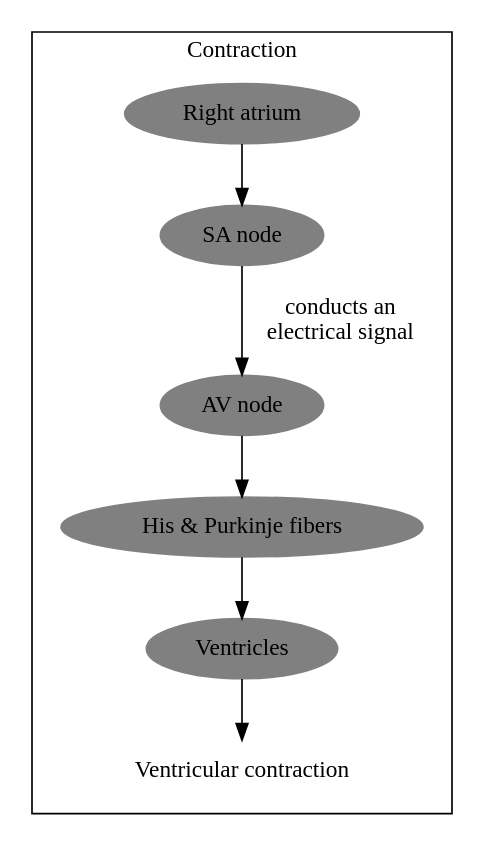
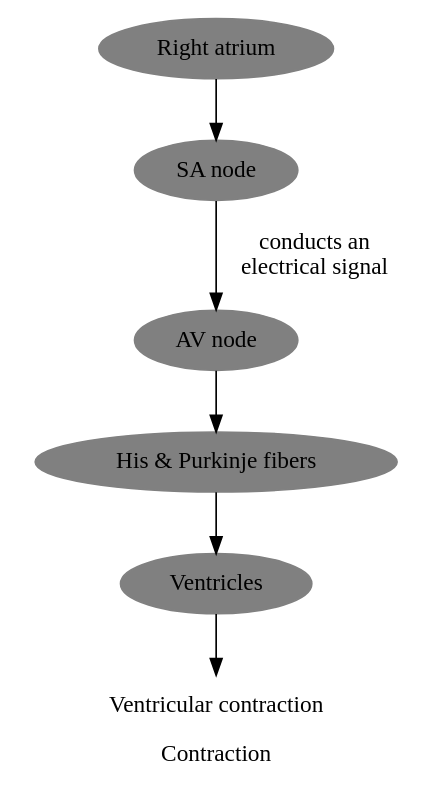
One commit to meirisoda/school_spring2024 changed the first of 2 diagrams in NURS380_Practicum/Topics/Pharmacology/Cardiology Basics.md. Above: the diagram before and after it, drawn with Graphviz.

Commit message:
vault backup: 2024-02-19 16:36:15

````diff
--- a/NURS380_Practicum/Topics/Pharmacology/Cardiology Basics.md
+++ b/NURS380_Practicum/Topics/Pharmacology/Cardiology Basics.md
@@ -2,18 +2,16 @@
 ``` dot
 digraph G {
-	subgraph cluster_0 {
-		graph [linelength=5];
-		node [style=filled,color=grey];
-		label="Contraction"
-		A [label="Right atrium"];
-		B [label="SA node"];
-		C [label="AV node"];
-		D [label="His & Purkinje fibers"];
-		E [label="Ventricles"];
-		F [label="Ventricular contraction", color="white"];
-		A -> B
-		B -> C [label="conducts an\n electrical signal"];
-		C -> D -> E -> F;
-	}
+	graph [linelength=5];
+	node [style=filled,color=grey];
+	label="Contraction"
+	A [label="Right atrium"];
+	B [label="SA node"];
+	C [label="AV node"];
+	D [label="His & Purkinje fibers"];
+	E [label="Ventricles"];
+	F [label="Ventricular contraction", color="white"];
+	A -> B
+	B -> C [label="conducts an\n electrical signal"];
+	C -> D -> E -> F;
 }
 ```
````
